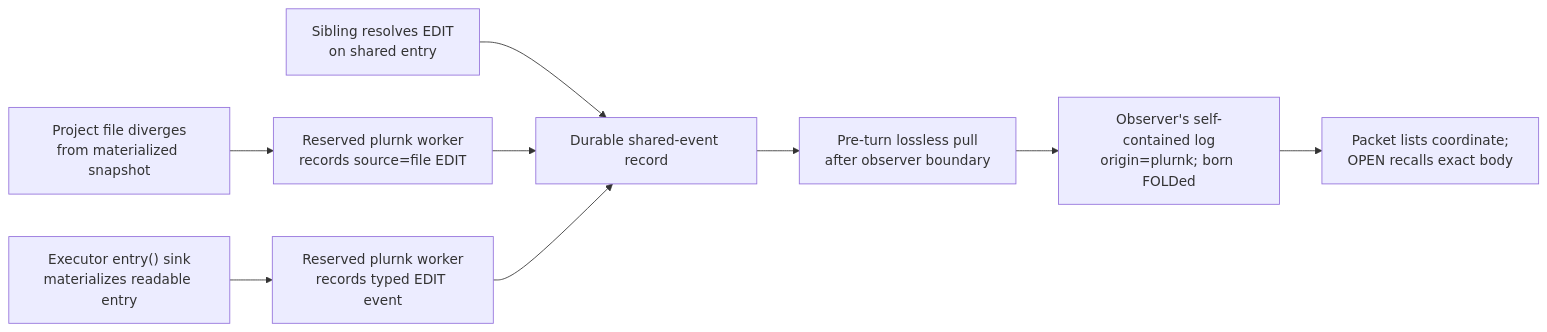
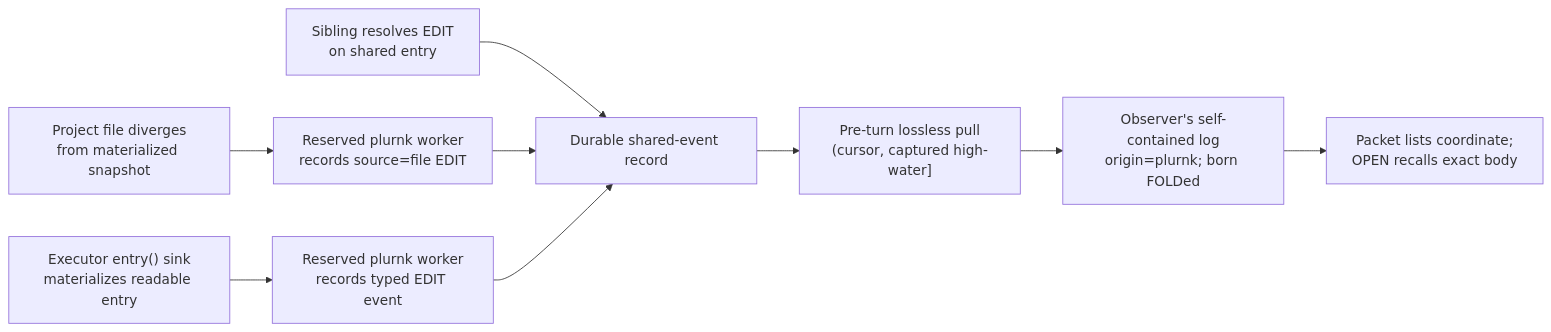
One commit to plurnk/plurnk-service changed diagram 16 of 17 in plurnk-core/SPEC.md. Above: the diagram before and after it, drawn with Mermaid. The commit also changed other lines of this file and 11 other files, not shown here.

````diff
--- a/plurnk-core/SPEC.md
+++ b/plurnk-core/SPEC.md
@@ -2093,11 +2093,11 @@
 ```mermaid
 flowchart LR
     sibling["Sibling resolves EDIT<br/>on shared entry"] --> events["Durable shared-event record"]
     disk["Project file diverges<br/>from materialized snapshot"] --> kernel["Reserved plurnk worker<br/>records source=file EDIT"]
     sink["Executor entry() sink<br/>materializes readable entry"] --> typed["Reserved plurnk worker<br/>records typed EDIT event"]
     kernel --> events
     typed --> events
-    events --> pull["Pre-turn lossless pull<br/>after observer boundary"]
+    events --> pull["Pre-turn lossless pull<br/>(cursor, captured high-water]"]
     pull --> log["Observer's self-contained log<br/>origin=plurnk; born FOLDed"]
     log --> packet["Packet lists coordinate;<br/>OPEN recalls exact body"]
 ```
````
